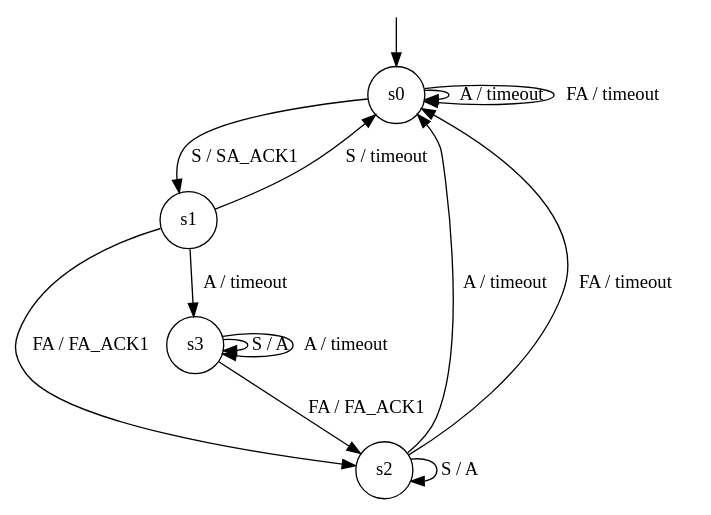
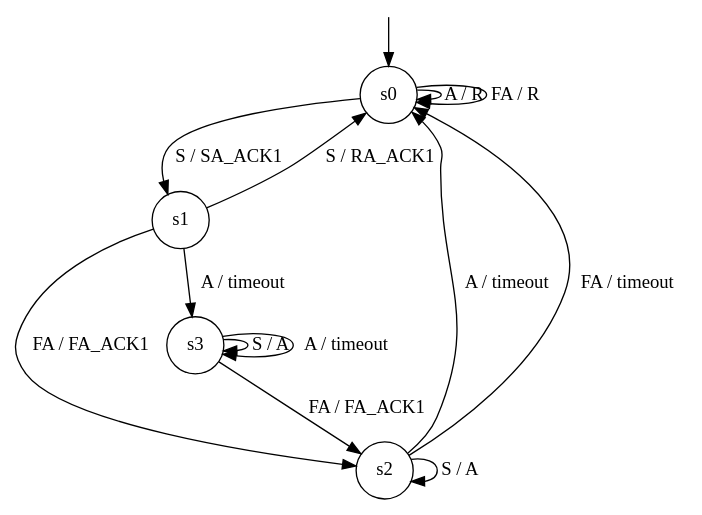
One commit to protocol-fuzzing/TCP-Fuzzer changed the diagram in experiments/models/ubuntu-linux-6.17.0-23-generic/learnedModel.dot. Above: the diagram before and after it, drawn with Graphviz. The commit also changed 6 other files, not shown here.

```diff
--- a/experiments/models/ubuntu-linux-6.17.0-23-generic/learnedModel.dot
+++ b/experiments/models/ubuntu-linux-6.17.0-23-generic/learnedModel.dot
@@ -1,23 +1,23 @@
 digraph g {
 
 	s0 [shape="circle" label="s0"];
 	s1 [shape="circle" label="s1"];
 	s2 [shape="circle" label="s2"];
 	s3 [shape="circle" label="s3"];
 	s0 -> s1 [label="S / SA_ACK1"];
-	s0 -> s0 [label="A / timeout"];
-	s0 -> s0 [label="FA / timeout"];
-	s1 -> s0 [label="S / timeout"];
+	s0 -> s0 [label="A / R"];
+	s0 -> s0 [label="FA / R"];
+	s1 -> s0 [label="S / RA_ACK1"];
 	s1 -> s3 [label="A / timeout"];
 	s1 -> s2 [label="FA / FA_ACK1"];
 	s2 -> s2 [label="S / A"];
 	s2 -> s0 [label="A / timeout"];
 	s2 -> s0 [label="FA / timeout"];
 	s3 -> s3 [label="S / A"];
 	s3 -> s3 [label="A / timeout"];
 	s3 -> s2 [label="FA / FA_ACK1"];
 
 __start0 [label="" shape="none" width="0" height="0"];
 __start0 -> s0;
 
 }
```
